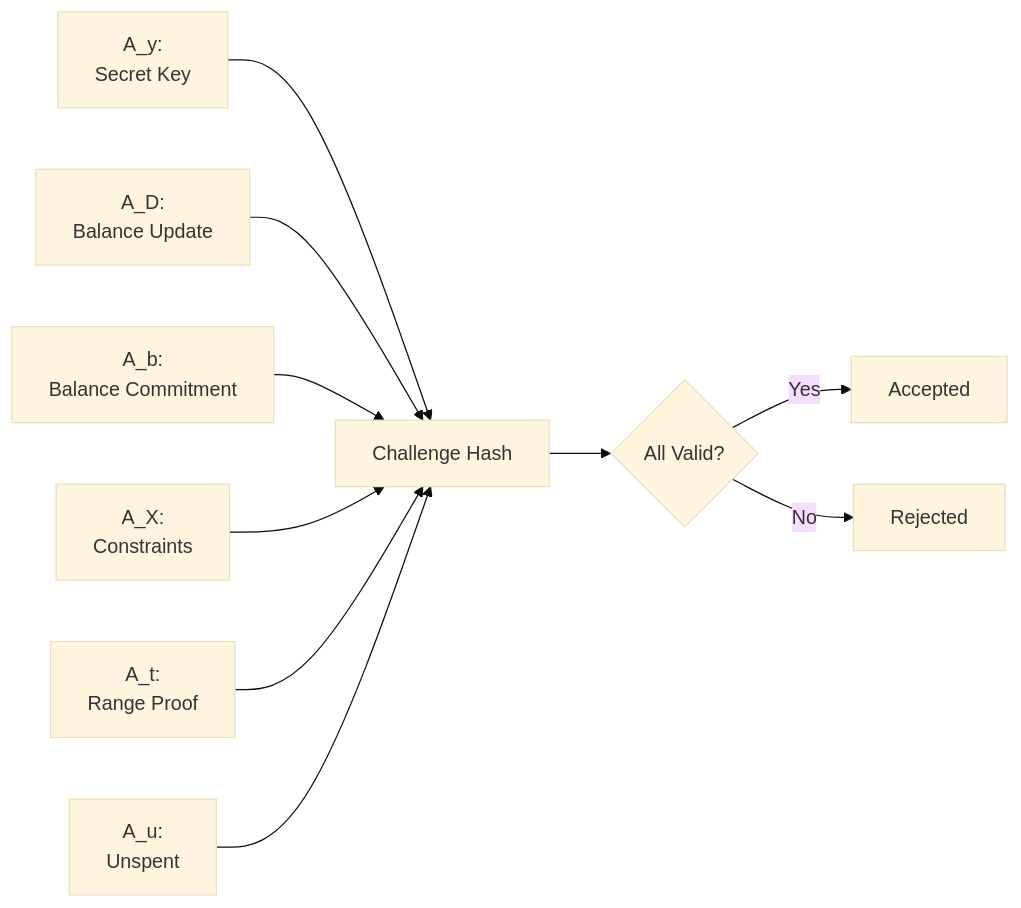
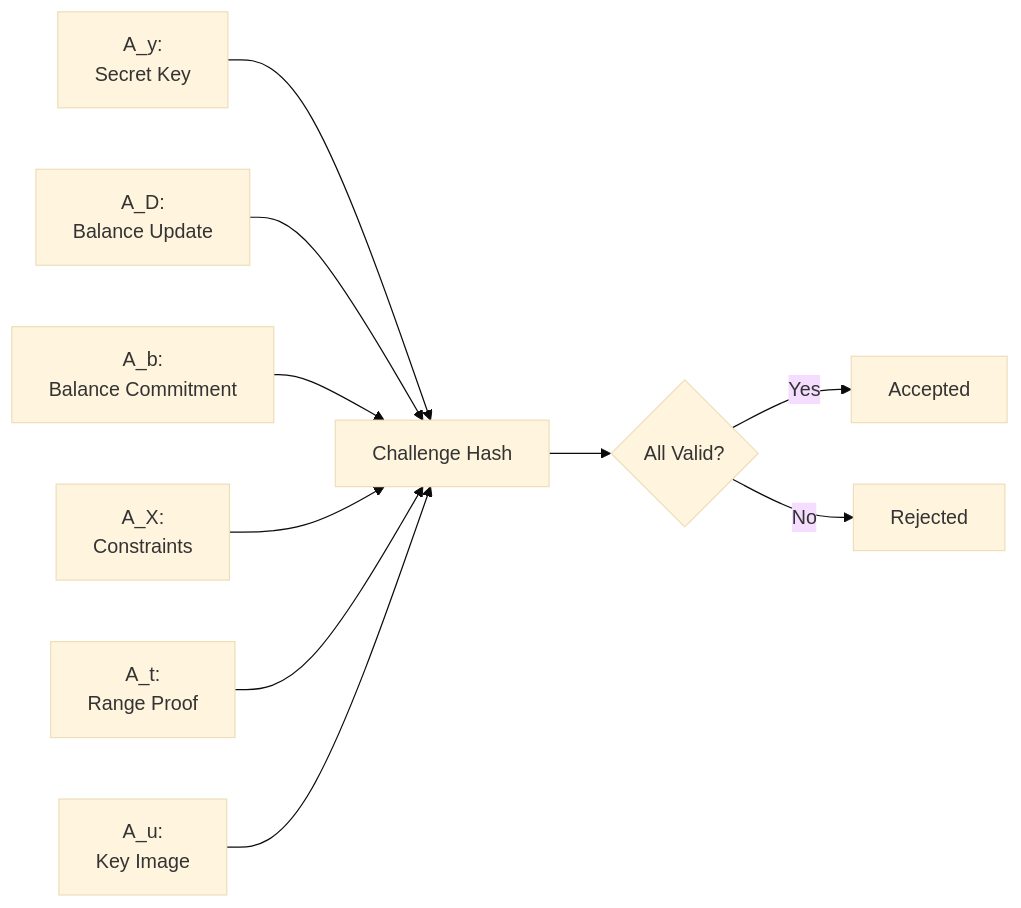
One commit to DHEBP/dero-docs changed the second of 4 diagrams in derod-main/pages/privacy/bulletproofs.mdx. Above: the diagram before and after it, drawn with Mermaid (base theme). The commit also changed other lines of this file and 6 other files, not shown here.

````diff
--- a/derod-main/pages/privacy/bulletproofs.mdx
+++ b/derod-main/pages/privacy/bulletproofs.mdx
@@ -145,13 +145,13 @@
 ```mermaid
 graph LR
     A["A_y:<br/>Secret Key"] --> H["Challenge Hash"]
     B["A_D:<br/>Balance Update"] --> H
     C["A_b:<br/>Balance Commitment"] --> H
     D["A_X:<br/>Constraints"] --> H
     E["A_t:<br/>Range Proof"] --> H
-    F["A_u:<br/>Unspent"] --> H
+    F["A_u:<br/>Key Image"] --> H
     
     H --> V{"All Valid?"}
     V -->|Yes| ACC["Accepted"]
     V -->|No| REJ["Rejected"]
 ```
````
